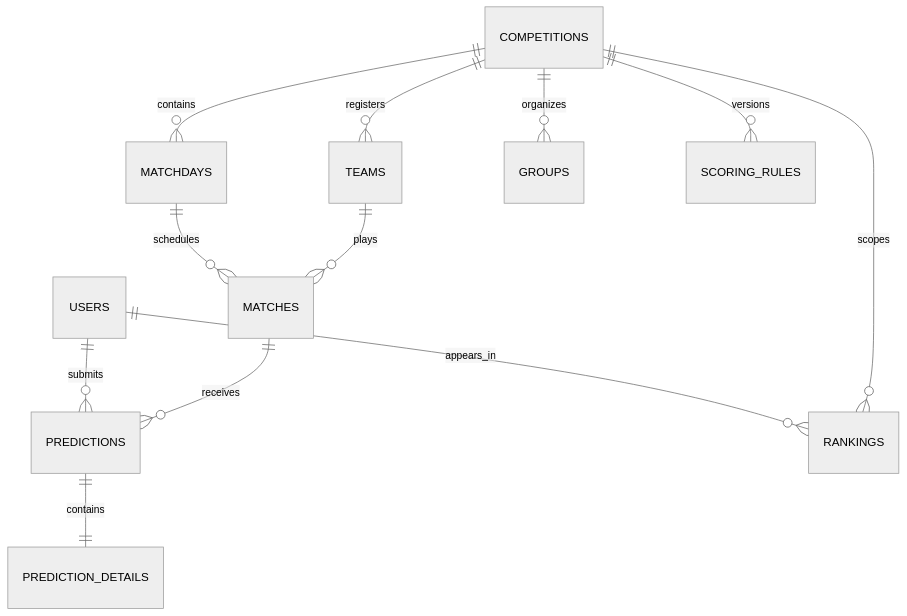
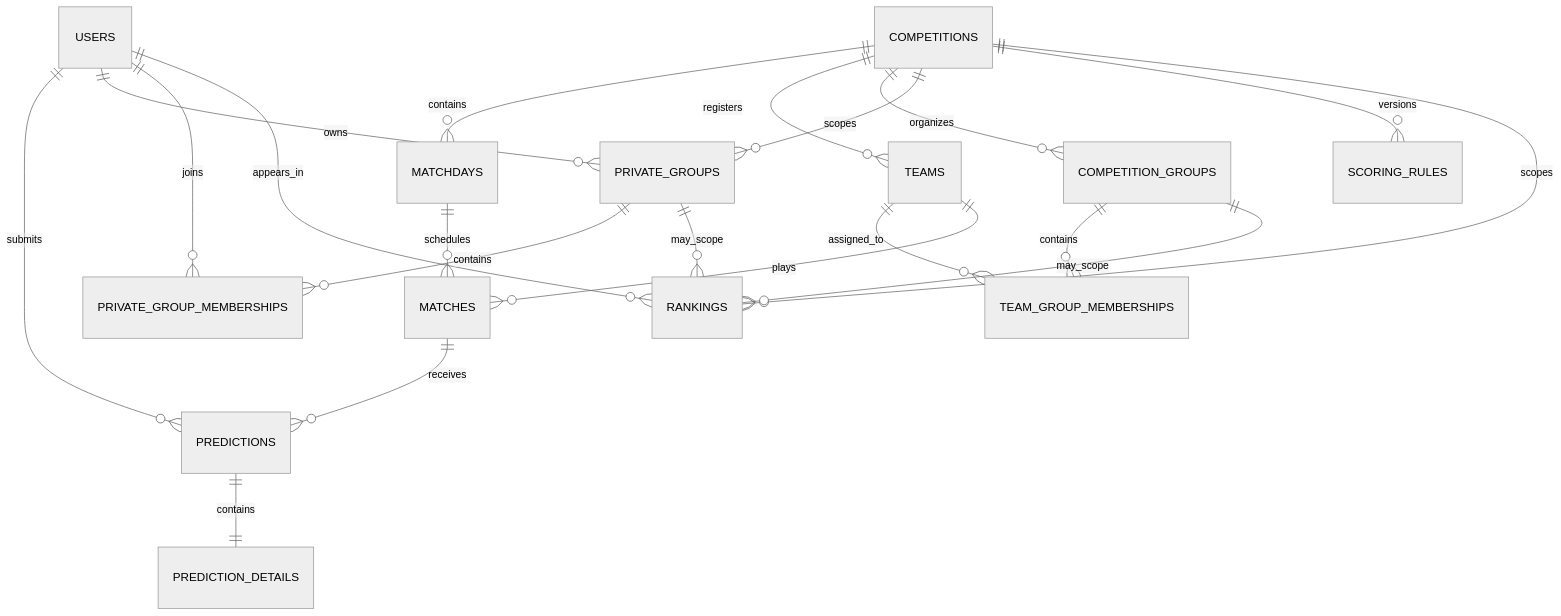
Before and after one commit to Vladilusion/pickplay-case-study: the diagram in docs/03-data-model.md, drawn with Mermaid (neutral theme). The commit also changed other lines of this file and 7 other files, not shown here.

Commit message:
docs: distinguish tournament and private groups

````diff
--- a/docs/03-data-model.md
+++ b/docs/03-data-model.md
@@ -7,14 +7,22 @@
 ```mermaid
 erDiagram
     USERS ||--o{ PREDICTIONS : submits
     COMPETITIONS ||--o{ MATCHDAYS : contains
     COMPETITIONS ||--o{ TEAMS : registers
-    COMPETITIONS ||--o{ GROUPS : organizes
+    COMPETITIONS ||--o{ COMPETITION_GROUPS : organizes
+    COMPETITION_GROUPS ||--o{ TEAM_GROUP_MEMBERSHIPS : contains
+    TEAMS ||--o{ TEAM_GROUP_MEMBERSHIPS : assigned_to
+    COMPETITIONS ||--o{ PRIVATE_GROUPS : scopes
+    USERS ||--o{ PRIVATE_GROUPS : owns
+    PRIVATE_GROUPS ||--o{ PRIVATE_GROUP_MEMBERSHIPS : contains
+    USERS ||--o{ PRIVATE_GROUP_MEMBERSHIPS : joins
     MATCHDAYS ||--o{ MATCHES : schedules
     TEAMS ||--o{ MATCHES : plays
     MATCHES ||--o{ PREDICTIONS : receives
     PREDICTIONS ||--|| PREDICTION_DETAILS : contains
     COMPETITIONS ||--o{ SCORING_RULES : versions
     USERS ||--o{ RANKINGS : appears_in
     COMPETITIONS ||--o{ RANKINGS : scopes
+    COMPETITION_GROUPS ||--o{ RANKINGS : may_scope
+    PRIVATE_GROUPS ||--o{ RANKINGS : may_scope
 ```
````
